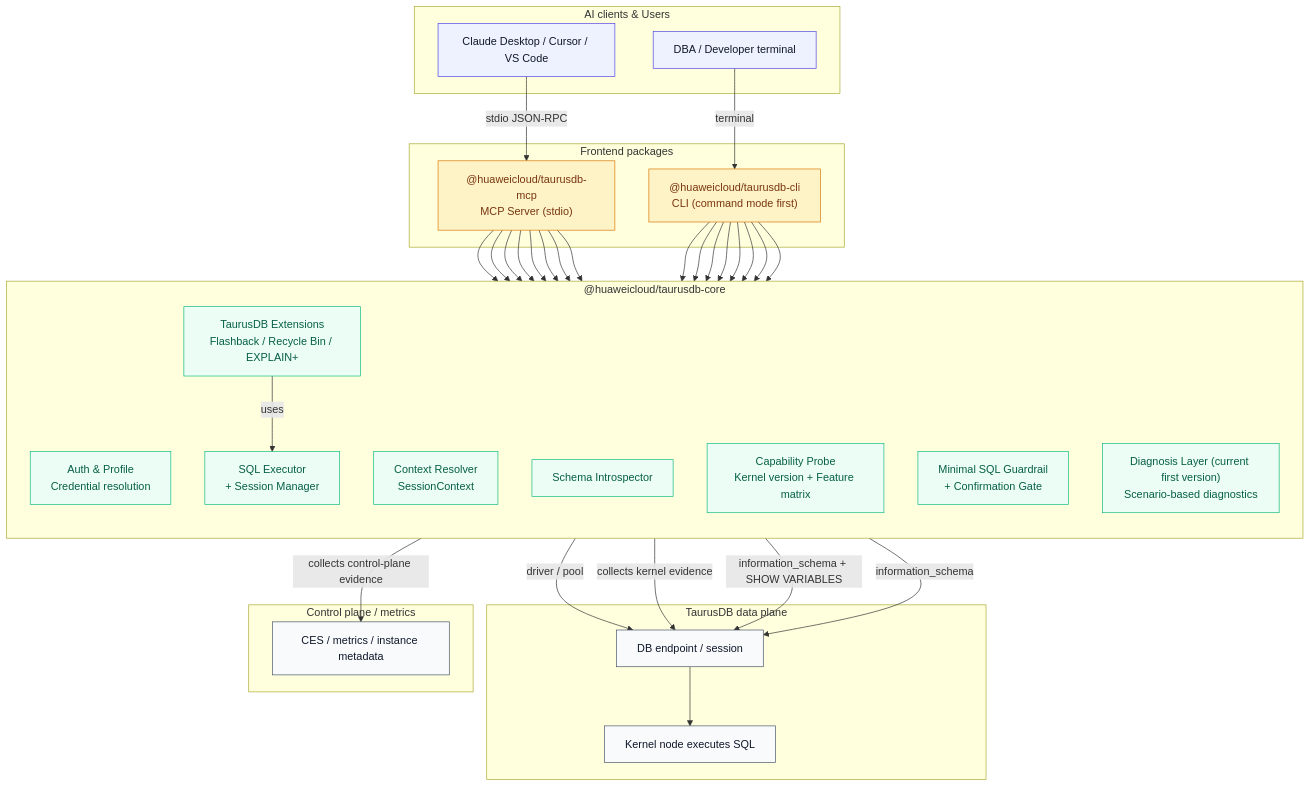
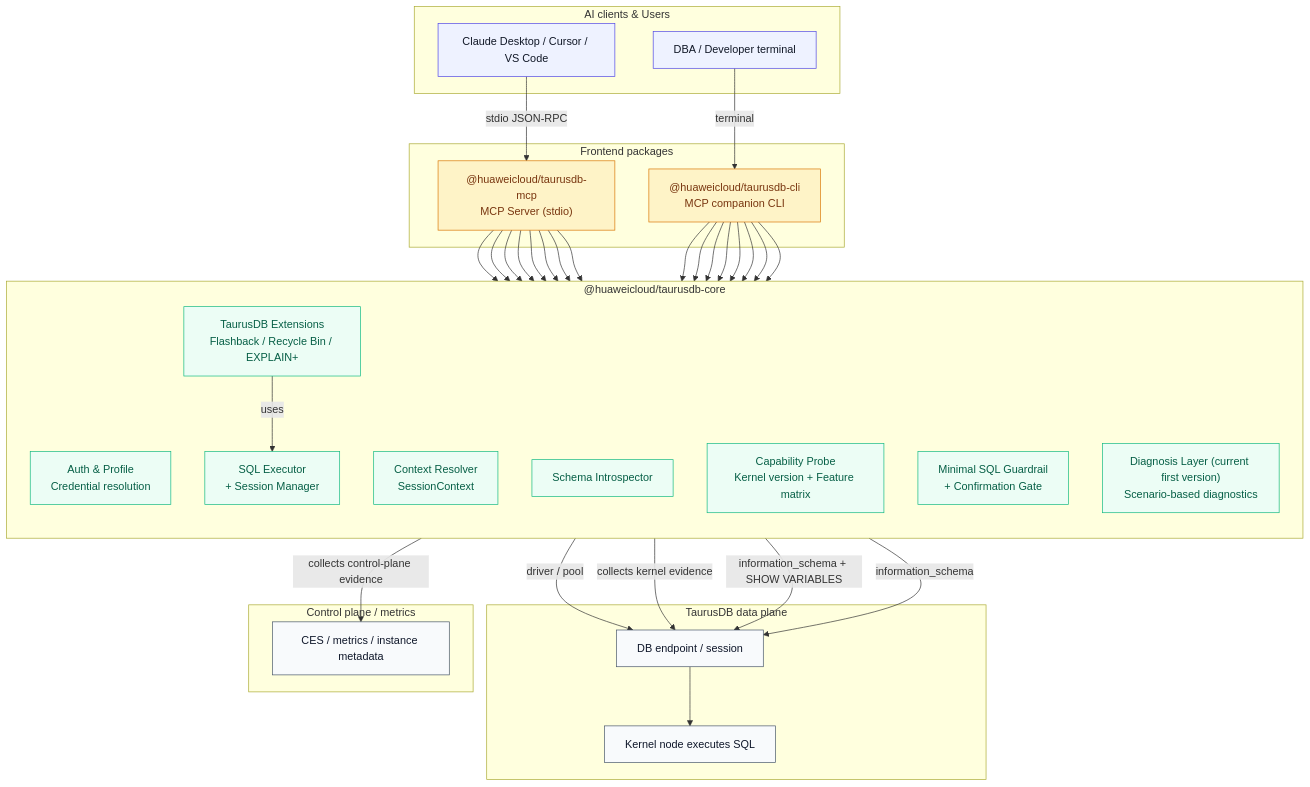
Before and after one commit to youweichen0208/taurus-mcp-server: the first of 6 diagrams in docs/architecture.md, drawn with Mermaid. The commit also changed other lines of this file and 4 other files, not shown here.

Commit message:
docs: reposition CLI as MCP companion

````diff
--- a/docs/architecture.md
+++ b/docs/architecture.md
@@ -172,66 +172,66 @@
 ```mermaid
 flowchart TB
   classDef client fill:#EEF2FF,stroke:#4F46E5,color:#111827;
   classDef frontend fill:#FEF3C7,stroke:#D97706,color:#78350F;
   classDef core fill:#ECFDF5,stroke:#10B981,color:#065F46;
   classDef data fill:#F8FAFC,stroke:#475569,color:#0F172A;
 
   subgraph Clients["AI clients & Users"]
     C1["Claude Desktop / Cursor / VS Code"]:::client
     C2["DBA / Developer terminal"]:::client
   end
 
   subgraph Frontends["Frontend packages"]
     MCP["@huaweicloud/taurusdb-mcp<br/>MCP Server (stdio)"]:::frontend
-    CLI["@huaweicloud/taurusdb-cli<br/>CLI (command mode first)"]:::frontend
+    CLI["@huaweicloud/taurusdb-cli<br/>MCP companion CLI"]:::frontend
   end
 
   subgraph Core["@huaweicloud/taurusdb-core"]
     direction TB
     AUTH["Auth & Profile<br/>Credential resolution"]:::core
     CTX["Context Resolver<br/>SessionContext"]:::core
     SCH["Schema Introspector"]:::core
     CAP["Capability Probe<br/>Kernel version + Feature matrix"]:::core
     SAFE["Minimal SQL Guardrail<br/>+ Confirmation Gate"]:::core
     EXEC["SQL Executor<br/>+ Session Manager"]:::core
     TAURUS["TaurusDB Extensions<br/>Flashback / Recycle Bin / EXPLAIN+"]:::core
     DIAG["Diagnosis Layer (current first version)<br/>Scenario-based diagnostics"]:::core
   end
 
   subgraph DataPlane["TaurusDB data plane"]
     DB["DB endpoint / session"]:::data
     KERNEL["Kernel node executes SQL"]:::data
   end
 
   subgraph ControlPlane["Control plane / metrics"]
     METRICS["CES / metrics / instance metadata"]:::data
   end
 
   C1 -->|"stdio JSON-RPC"| MCP
   C2 -->|"terminal"| CLI
 
   MCP --> AUTH
   MCP --> CTX
   MCP --> SCH
   MCP --> CAP
   MCP --> SAFE
   MCP --> EXEC
   MCP --> TAURUS
   MCP --> DIAG
 
   CLI --> AUTH
   CLI --> CTX
   CLI --> SCH
   CLI --> CAP
   CLI --> SAFE
   CLI --> EXEC
   CLI --> TAURUS
   CLI --> DIAG
 
   EXEC -->|"driver / pool"| DB --> KERNEL
   TAURUS -->|"uses"| EXEC
   DIAG -->|"collects kernel evidence"| DB
   DIAG -->|"collects control-plane evidence"| METRICS
   CAP -->|"information_schema + SHOW VARIABLES"| DB
   SCH -->|"information_schema"| DB
 ```
````
